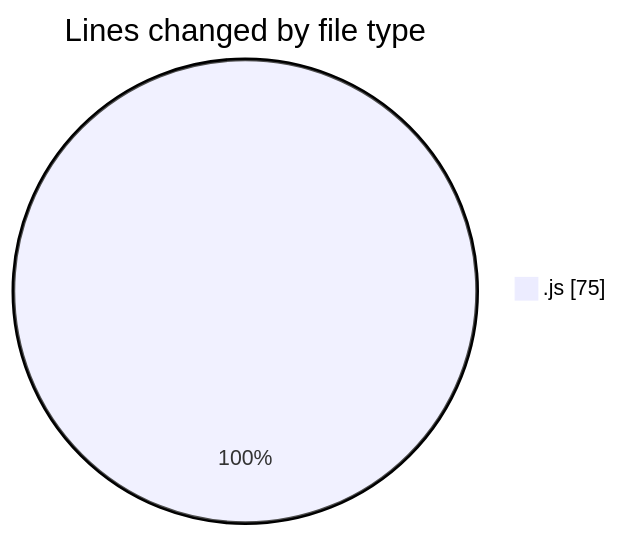
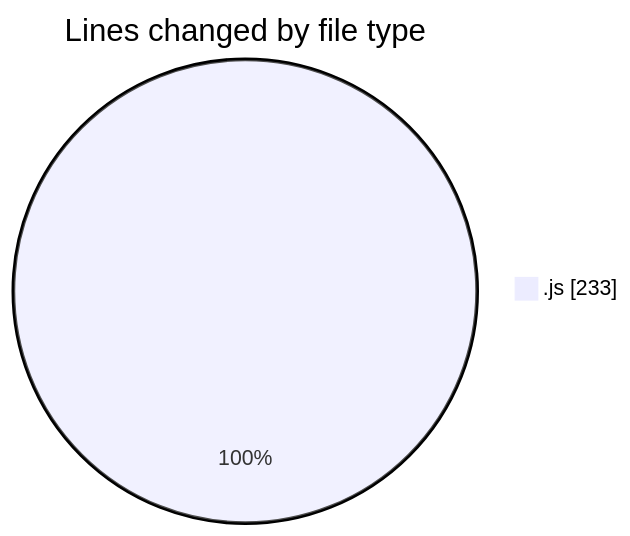
Before and after one commit to BS-eng2023/code-tracking: the first of 2 diagrams in 2025-03-21/javascript/README.md, drawn with Mermaid. The commit also changed other lines of this file and 1 other file, not shown here.

````diff
--- a/2025-03-21/javascript/README.md
+++ b/2025-03-21/javascript/README.md
@@ -21,5 +23,5 @@
 ```mermaid
 pie showData
 title Lines changed by file type
-".js" : 75
+".js" : 233
 ```
````
